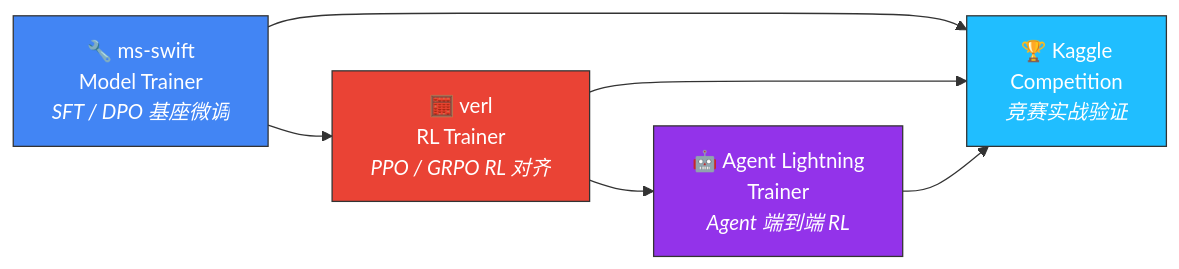
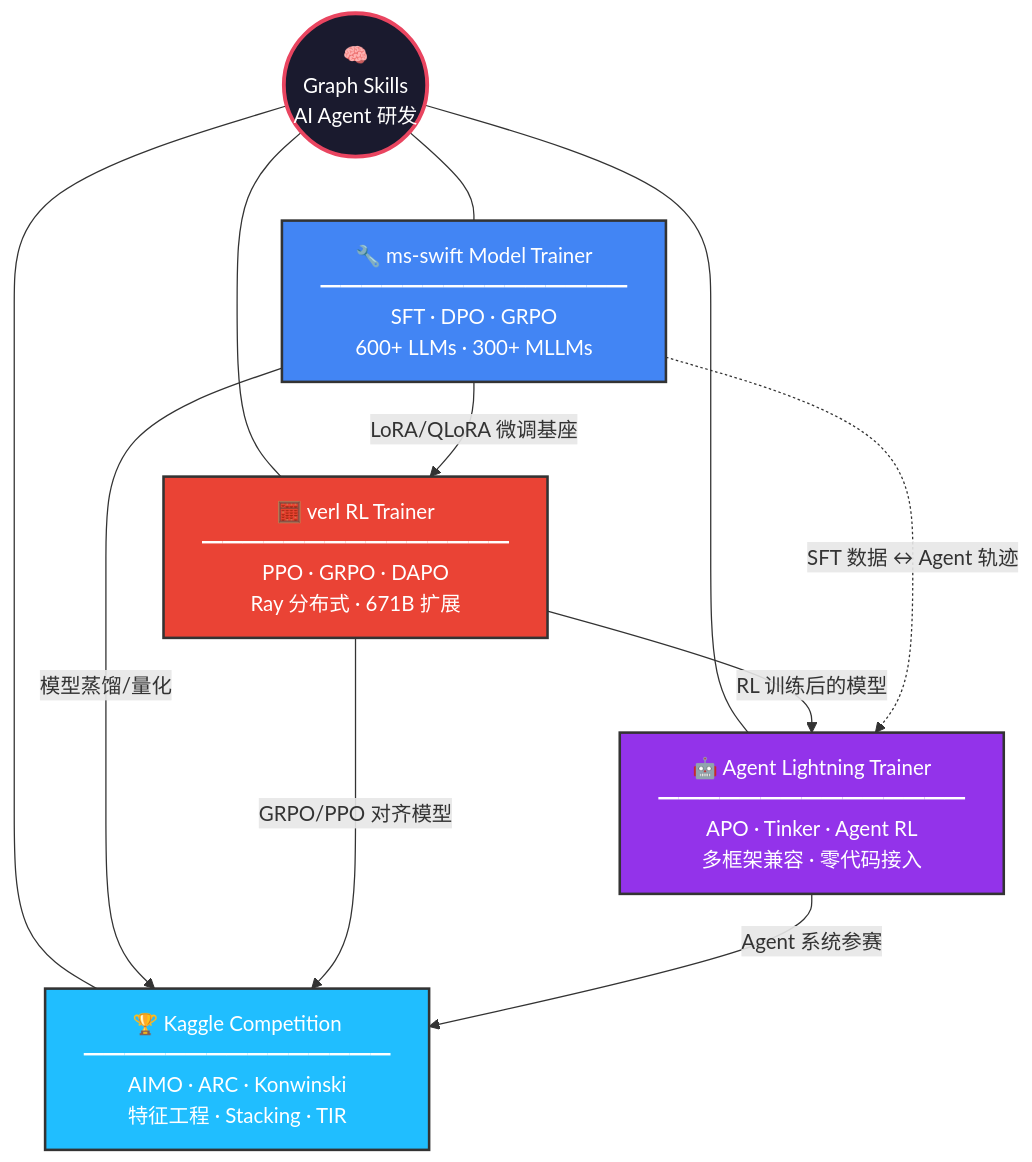
The diagram in README.md (ZIRENLI-001/Graph_Skills), drawn with Mermaid before and after one commit. The commit also changed other lines of this file, not shown here.

````diff
--- a/README.md
+++ b/README.md
@@ -181,13 +181,32 @@
 ```mermaid
-graph LR
-    A["🔧 ms-swift<br/>Model Trainer<br/><i>SFT / DPO 基座微调</i>"] --> B["🧮 verl<br/>RL Trainer<br/><i>PPO / GRPO RL 对齐</i>"]
-    B --> C["🤖 Agent Lightning<br/>Trainer<br/><i>Agent 端到端 RL</i>"]
-    A --> D["🏆 Kaggle<br/>Competition<br/><i>竞赛实战验证</i>"]
-    B --> D
-    C --> D
+graph TB
+    %% 中心节点
+    CENTER(("🧠<br/>Graph Skills<br/>AI Agent 研发"))
 
-    style A fill:#4285f4,stroke:#333,color:#fff
-    style B fill:#ea4335,stroke:#333,color:#fff
-    style C fill:#9333ea,stroke:#333,color:#fff
-    style D fill:#20beff,stroke:#333,color:#fff
+    %% 四个技能节点
+    SWIFT["🔧 ms-swift Model Trainer<br/>━━━━━━━━━━━━━━━<br/>SFT · DPO · GRPO<br/>600+ LLMs · 300+ MLLMs"]
+    VERL["🧮 verl RL Trainer<br/>━━━━━━━━━━━━━━━<br/>PPO · GRPO · DAPO<br/>Ray 分布式 · 671B 扩展"]
+    AGENT["🤖 Agent Lightning Trainer<br/>━━━━━━━━━━━━━━━<br/>APO · Tinker · Agent RL<br/>多框架兼容 · 零代码接入"]
+    KAGGLE["🏆 Kaggle Competition<br/>━━━━━━━━━━━━━━━<br/>AIMO · ARC · Konwinski<br/>特征工程 · Stacking · TIR"]
+
+    %% 中心连接
+    CENTER --- SWIFT
+    CENTER --- VERL
+    CENTER --- AGENT
+    CENTER --- KAGGLE
+
+    %% 技能间关联（双向/单向）
+    SWIFT -- "LoRA/QLoRA 微调基座" --> VERL
+    SWIFT -- "模型蒸馏/量化" --> KAGGLE
+    VERL -- "RL 训练后的模型" --> AGENT
+    VERL -- "GRPO/PPO 对齐模型" --> KAGGLE
+    AGENT -- "Agent 系统参赛" --> KAGGLE
+    SWIFT -. "SFT 数据 ↔ Agent 轨迹" .-> AGENT
+
+    %% 样式
+    style CENTER fill:#1a1a2e,stroke:#e94560,color:#fff,stroke-width:3px
+    style SWIFT fill:#4285f4,stroke:#333,color:#fff,stroke-width:2px
+    style VERL fill:#ea4335,stroke:#333,color:#fff,stroke-width:2px
+    style AGENT fill:#9333ea,stroke:#333,color:#fff,stroke-width:2px
+    style KAGGLE fill:#20beff,stroke:#333,color:#fff,stroke-width:2px
 ```
````
